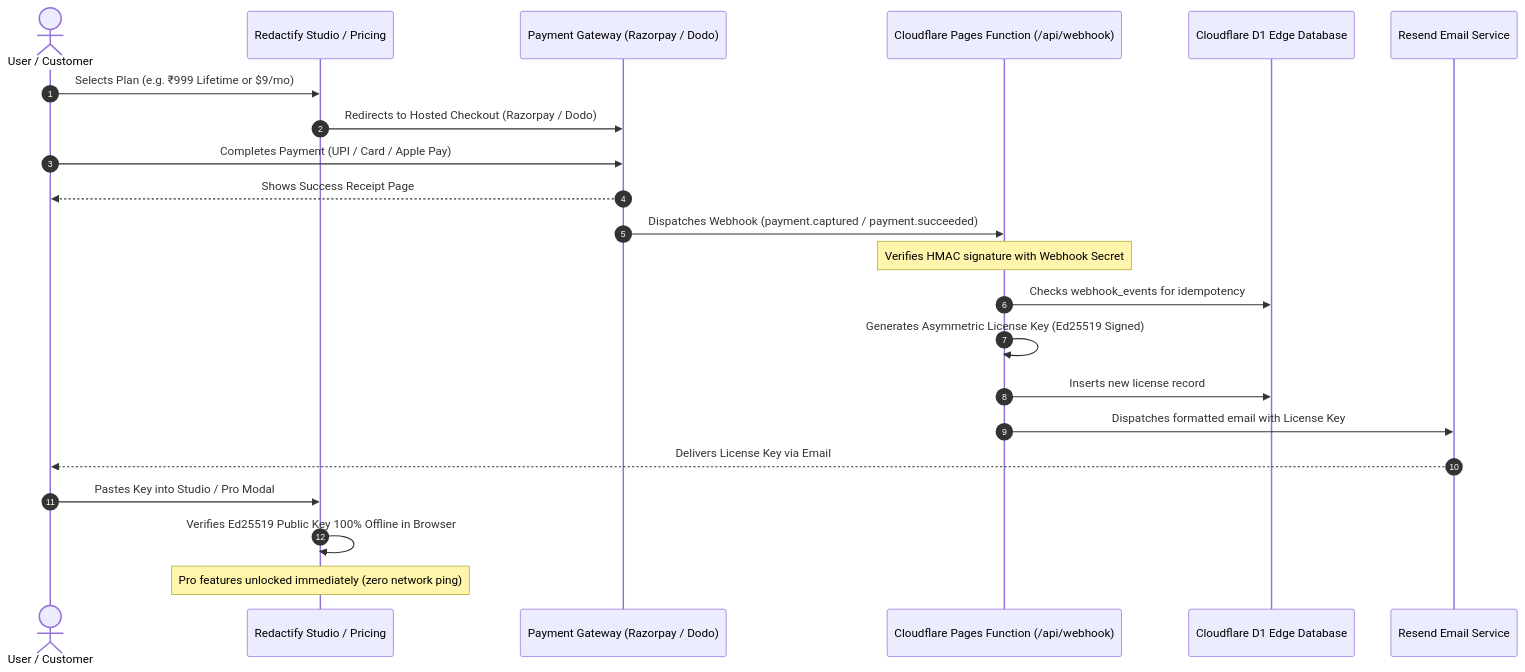
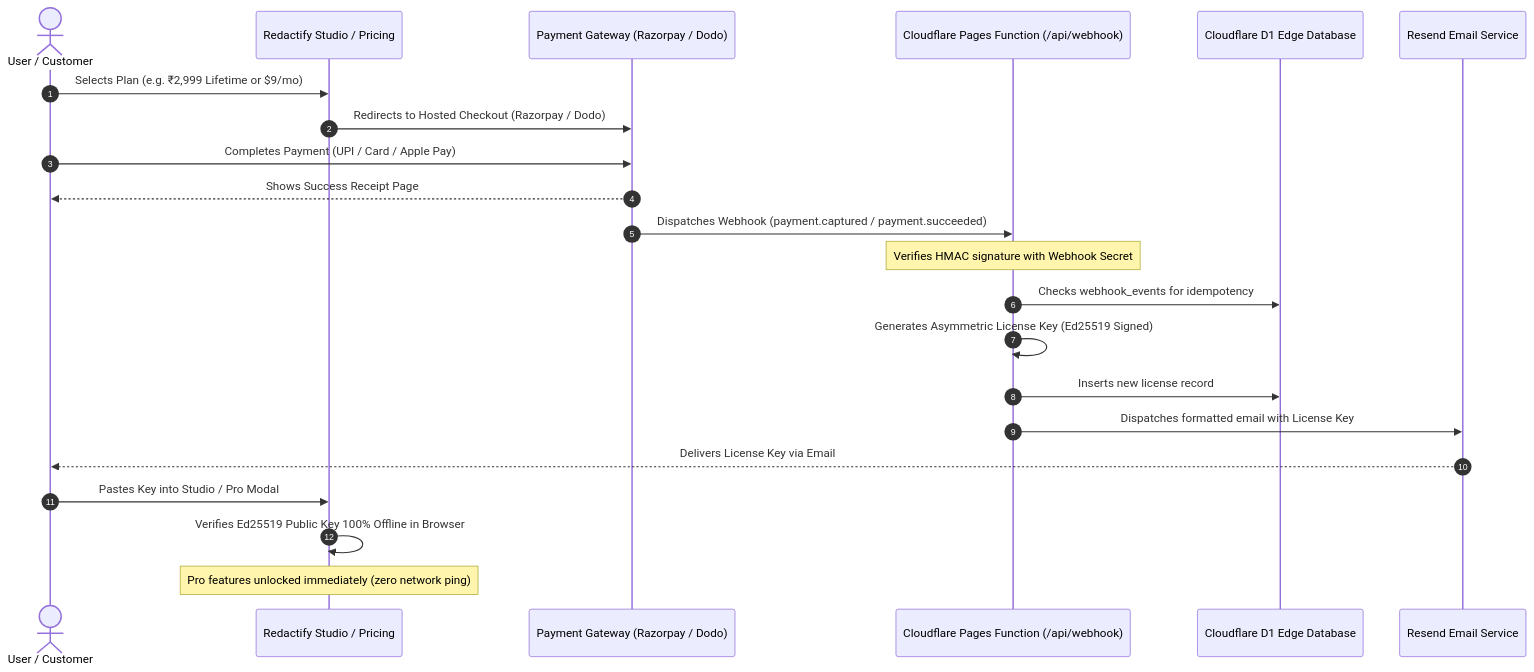
One commit to SAKTHIVEL280/redactify-v2 changed the third of 3 diagrams in ARCHITECTURE.md. Above: the diagram before and after it, drawn with Mermaid. The commit also changed 5 other files, not shown here.

````diff
--- a/ARCHITECTURE.md
+++ b/ARCHITECTURE.md
@@ -206,25 +206,25 @@
 ```mermaid
 sequenceDiagram
     autonumber
     actor Customer as User / Customer
     participant UI as Redactify Studio / Pricing
     participant Gateway as Payment Gateway (Razorpay / Dodo)
     participant CF as Cloudflare Pages Function (/api/webhook)
     participant D1 as Cloudflare D1 Edge Database
     participant Resend as Resend Email Service
 
-    Customer->>UI: Selects Plan (e.g. ₹999 Lifetime or $9/mo)
+    Customer->>UI: Selects Plan (e.g. ₹2,999 Lifetime or $9/mo)
     UI->>Gateway: Redirects to Hosted Checkout (Razorpay / Dodo)
     Customer->>Gateway: Completes Payment (UPI / Card / Apple Pay)
     Gateway-->>Customer: Shows Success Receipt Page
     Gateway->>CF: Dispatches Webhook (payment.captured / payment.succeeded)
     Note over CF: Verifies HMAC signature with Webhook Secret
     CF->>D1: Checks webhook_events for idempotency
     CF->>CF: Generates Asymmetric License Key (Ed25519 Signed)
     CF->>D1: Inserts new license record
     CF->>Resend: Dispatches formatted email with License Key
     Resend-->>Customer: Delivers License Key via Email
     Customer->>UI: Pastes Key into Studio / Pro Modal
     UI->>UI: Verifies Ed25519 Public Key 100% Offline in Browser
     Note over UI: Pro features unlocked immediately (zero network ping)
 ```
````
